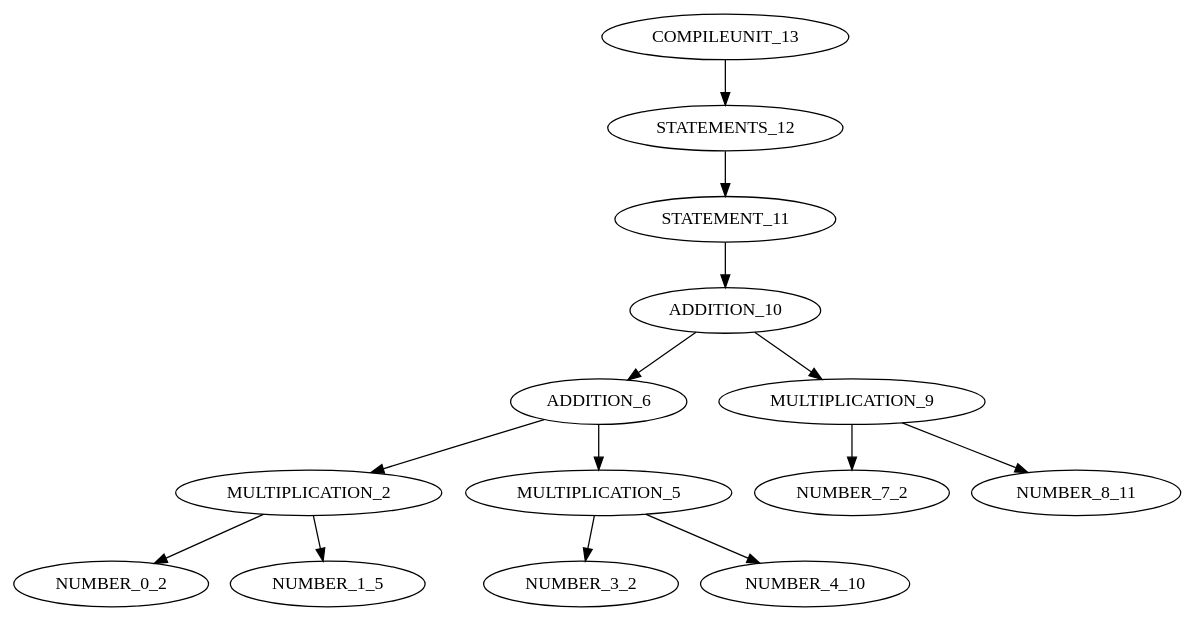
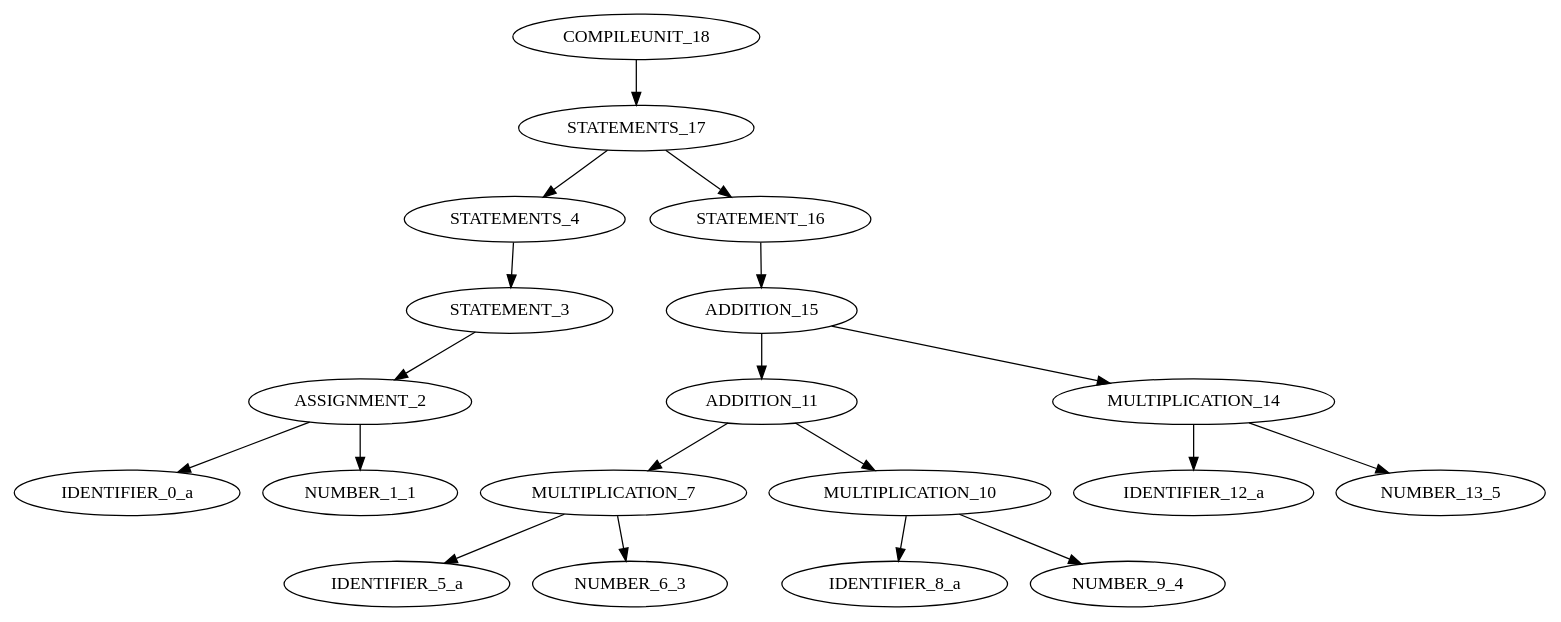
Before and after one commit to GBenakidis/Factorization-Compilers: the diagram in stree.dot, drawn with Graphviz. The commit also changed 17 other files, not shown here.

```diff
--- a/stree.dot
+++ b/stree.dot
@@ -1,15 +1,20 @@
 digraph G{ 
-"COMPILEUNIT_13"->"STATEMENTS_12";
-"STATEMENTS_12"->"STATEMENT_11";
-"STATEMENT_11"->"ADDITION_10";
-"ADDITION_10"->"ADDITION_6";
-"ADDITION_6"->"MULTIPLICATION_2";
-"MULTIPLICATION_2"->"NUMBER_0_2";
-"MULTIPLICATION_2"->"NUMBER_1_5";
-"ADDITION_6"->"MULTIPLICATION_5";
-"MULTIPLICATION_5"->"NUMBER_3_2";
-"MULTIPLICATION_5"->"NUMBER_4_10";
-"ADDITION_10"->"MULTIPLICATION_9";
-"MULTIPLICATION_9"->"NUMBER_7_2";
-"MULTIPLICATION_9"->"NUMBER_8_11";
+"COMPILEUNIT_18"->"STATEMENTS_17";
+"STATEMENTS_17"->"STATEMENTS_4";
+"STATEMENTS_4"->"STATEMENT_3";
+"STATEMENT_3"->"ASSIGNMENT_2";
+"ASSIGNMENT_2"->"IDENTIFIER_0_a";
+"ASSIGNMENT_2"->"NUMBER_1_1";
+"STATEMENTS_17"->"STATEMENT_16";
+"STATEMENT_16"->"ADDITION_15";
+"ADDITION_15"->"ADDITION_11";
+"ADDITION_11"->"MULTIPLICATION_7";
+"MULTIPLICATION_7"->"IDENTIFIER_5_a";
+"MULTIPLICATION_7"->"NUMBER_6_3";
+"ADDITION_11"->"MULTIPLICATION_10";
+"MULTIPLICATION_10"->"IDENTIFIER_8_a";
+"MULTIPLICATION_10"->"NUMBER_9_4";
+"ADDITION_15"->"MULTIPLICATION_14";
+"MULTIPLICATION_14"->"IDENTIFIER_12_a";
+"MULTIPLICATION_14"->"NUMBER_13_5";
 }
```
